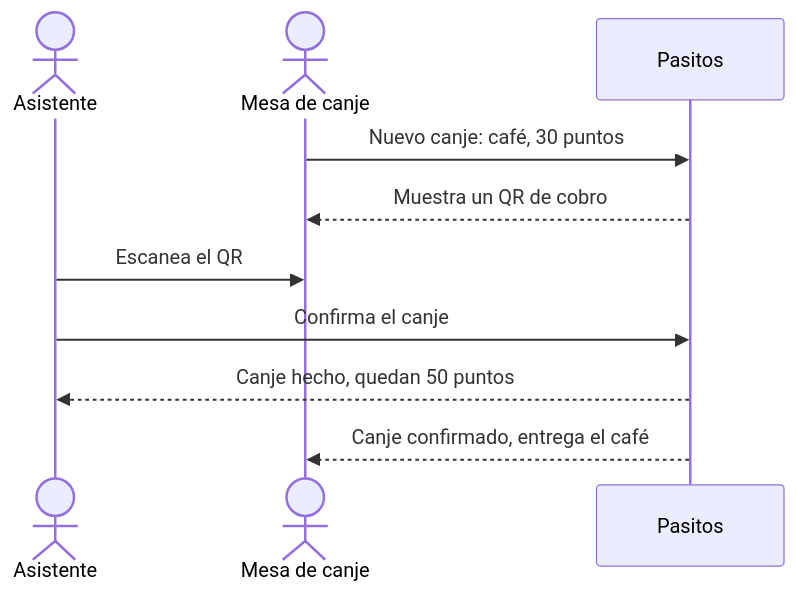
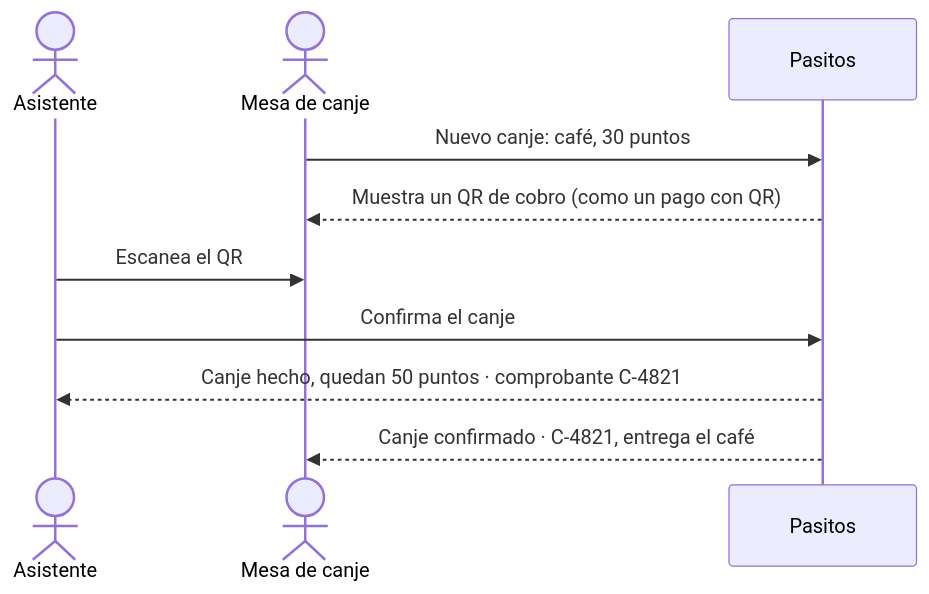
Before and after one commit to DAVV422/pasitos: the second of 3 diagrams in README.md, drawn with Mermaid. The commit also changed other lines of this file and 4 other files, not shown here.

````diff
--- a/README.md
+++ b/README.md
@@ -101,12 +102,12 @@
 ```mermaid
 sequenceDiagram
     actor A as Asistente
     actor M as Mesa de canje
     participant P as Pasitos
     M->>P: Nuevo canje: café, 30 puntos
-    P-->>M: Muestra un QR de cobro
+    P-->>M: Muestra un QR de cobro (como un pago con QR)
     A->>M: Escanea el QR
     A->>P: Confirma el canje
-    P-->>A: Canje hecho, quedan 50 puntos
-    P-->>M: Canje confirmado, entrega el café
+    P-->>A: Canje hecho, quedan 50 puntos · comprobante C-4821
+    P-->>M: Canje confirmado · C-4821, entrega el café
 ```
````
